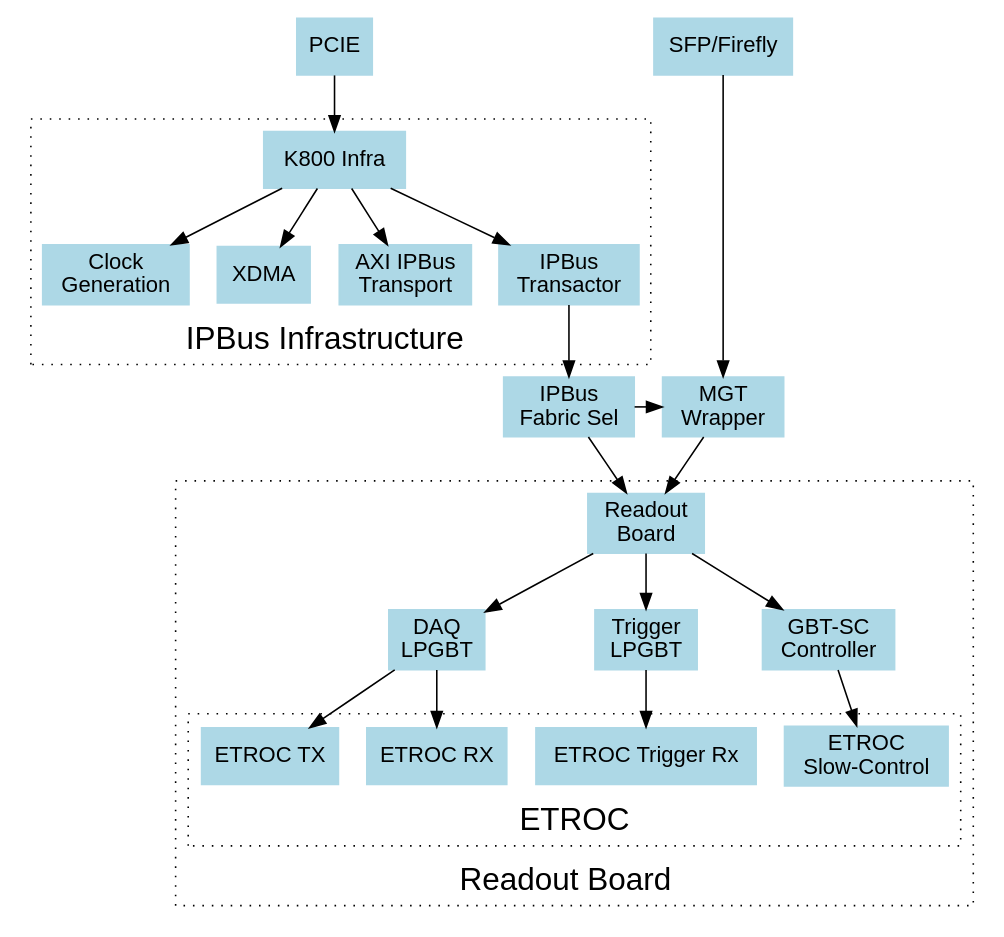
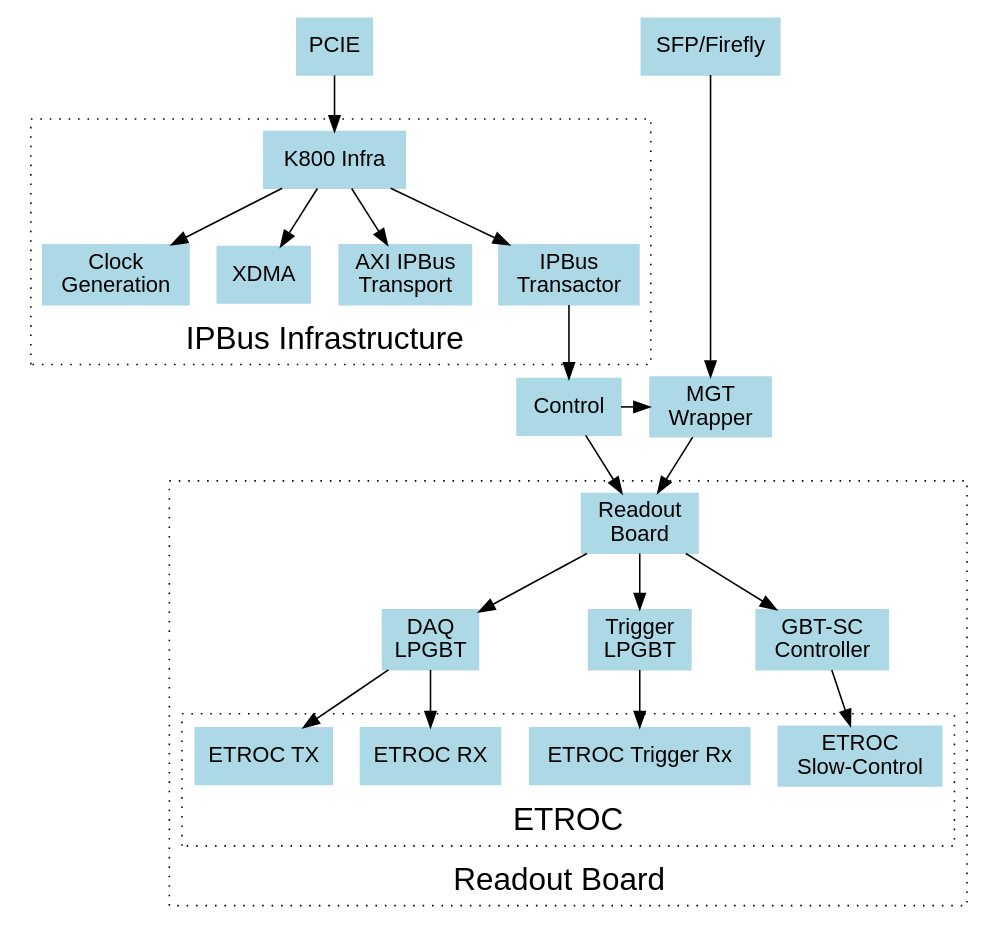
The diagram in doc/structure/structure.gv (bu-etl/etl-test-fw), drawn with Graphviz before and after one commit. The commit also changed 1 other file, not shown here.

Commit message:
Block diagram update

```diff
--- a/doc/structure/structure.gv
+++ b/doc/structure/structure.gv
@@ -1,64 +1,64 @@
 digraph {
   graph [fontname = "helvetica"];
   node [fontname = "helvetica" style=filled color=lightblue];
   edge [fontname = "helvetica"];
   node [width=0.5 shape=rectangle];
 
   "PCIE" -> "K800 Infra"
   {rank=same; "SFP/Firefly", "PCIE"}
-  {rank=same; "IPBus\nFabric Sel" , "MGT\nWrapper"}
+  {rank=same; "Control" , "MGT\nWrapper"}
   //"etl_test_fw"
   //"etl_test_fw" -> "K800 Infra"
-  //"etl_test_fw" -> "IPBus\nFabric Sel"
+  //"etl_test_fw" -> "Control"
   //"etl_test_fw" -> "MGT\nWrapper"
   //"etl_test_fw" -> "Readout\nBoards"
-  //{rank=same; "K800 Infra", "IPBus\nFabric Sel", "MGT\nWrapper", "Readout\nBoards"}
+  //{rank=same; "K800 Infra", "Control", "MGT\nWrapper", "Readout\nBoards"}
 
-  "IPBus\nFabric Sel" -> "MGT\nWrapper"
-  "IPBus\nFabric Sel" -> "Readout\nBoard"
+  "Control" -> "MGT\nWrapper"
+  "Control" -> "Readout\nBoard"
 
   subgraph cluster_k800 {
     graph[style=dotted];
     label=<<FONT POINT-SIZE="20">IPBus Infrastructure</FONT>>
     labelloc="bot"
     "K800 Infra" -> "Clock\nGeneration"
     "K800 Infra" -> "XDMA"
     "K800 Infra" -> "AXI IPBus\nTransport"
     "K800 Infra" -> "IPBus\nTransactor"
     //"XDMA" -> "AXI IPBus\nTransport" -> "IPBus\nTransactor"
     {rank=same; "XDMA" , "AXI IPBus\nTransport" , "IPBus\nTransactor"}
   }
-  //"IPBus\nFabric Sel" -> "Readout\nBoards"
+  //"Control" -> "Readout\nBoards"
 
 
   "SFP/Firefly" -> "MGT\nWrapper"
   "MGT\nWrapper" -> "Readout\nBoard"
 
   subgraph cluster_readout_board {
     graph[style=dotted];
     label=<<FONT POINT-SIZE="20">Readout Board</FONT>>
     labelloc="bot"
     "Readout\nBoard" -> "DAQ\nLPGBT"
     "Readout\nBoard" -> "Trigger\nLPGBT"
     "Readout\nBoard" -> "GBT-SC\nController"
 
     "GBT-SC\nController" -> "ETROC\nSlow-Control"
     "DAQ\nLPGBT" -> "ETROC TX"
     "DAQ\nLPGBT" -> "ETROC RX"
     "Trigger\nLPGBT" -> "ETROC Trigger Rx"
 
     subgraph cluster_etroc {
       graph[style=dotted];
       label=<<FONT POINT-SIZE="20">ETROC</FONT>>
       labelloc="bot"
       "ETROC\nSlow-Control"
       "ETROC TX"
       "ETROC RX"
       "ETROC Trigger Rx"
     }
   }
 
-  "IPBus\nTransactor" -> "IPBus\nFabric Sel"
+  "IPBus\nTransactor" -> "Control"
 
 
 }
```
